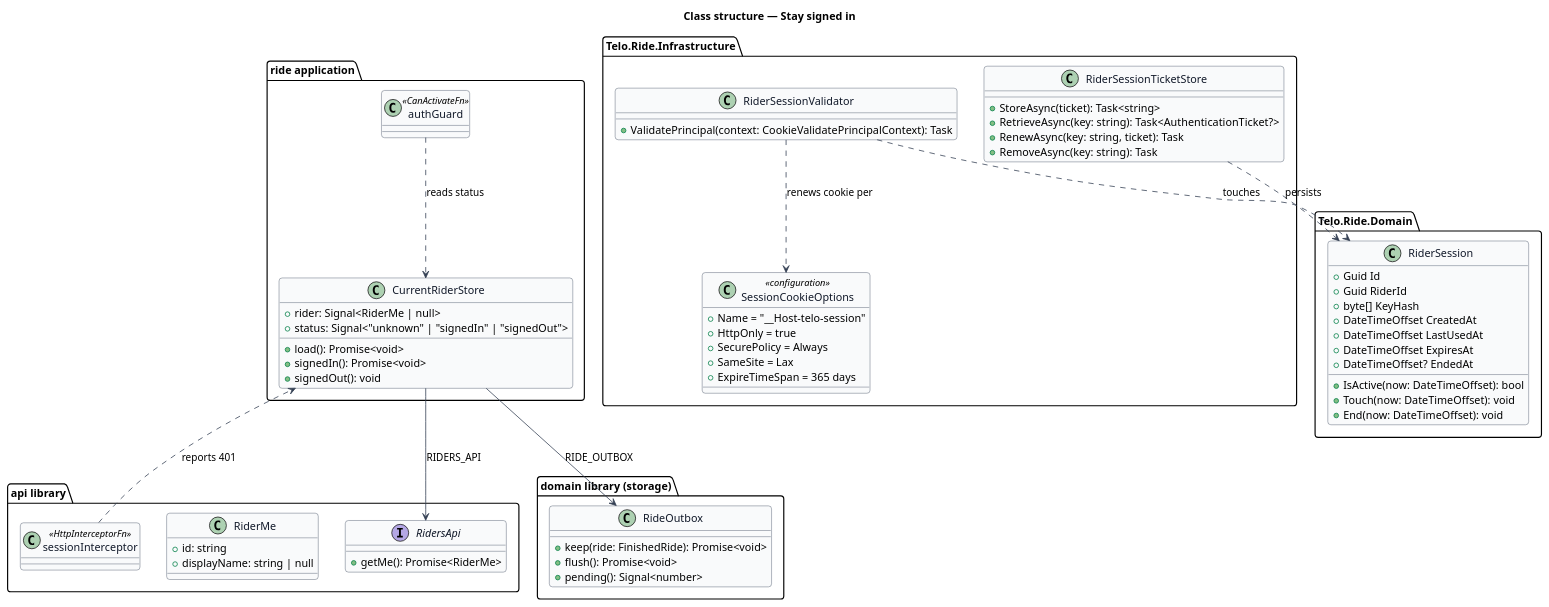
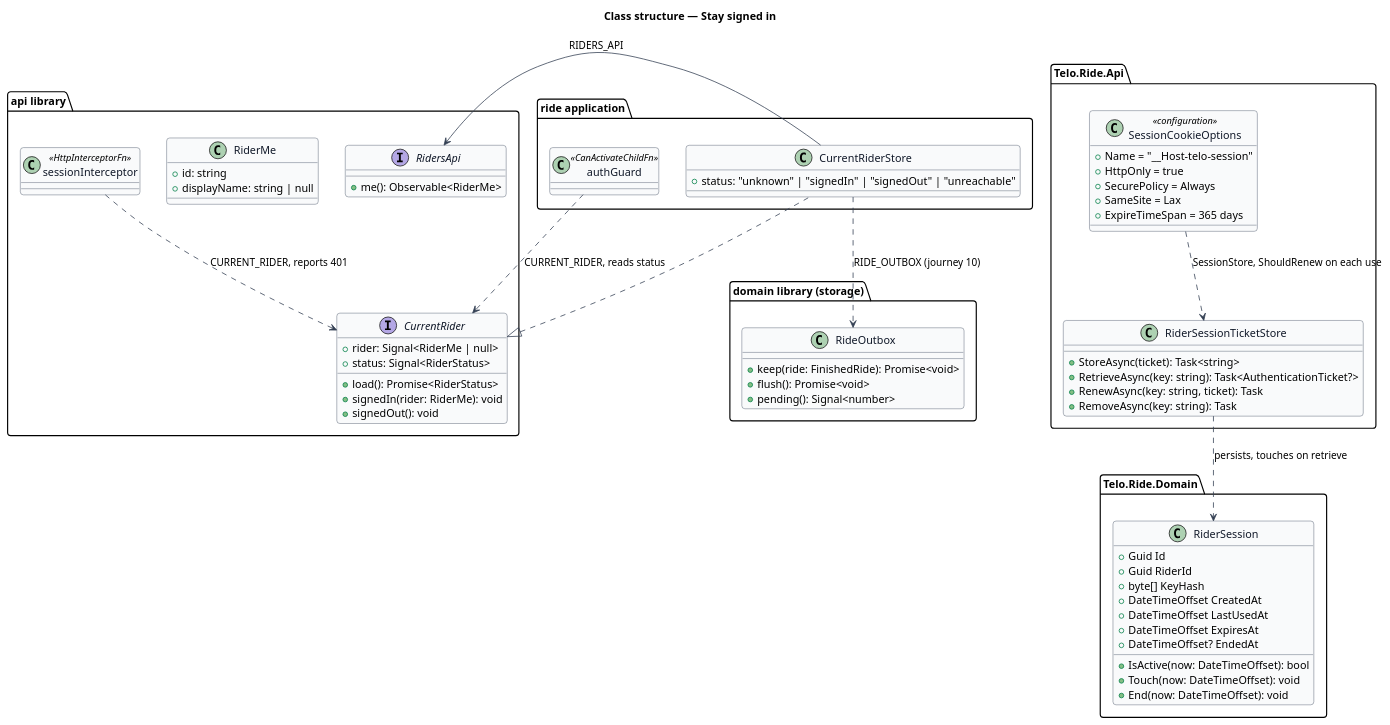
One commit to QuinntyneBrown/ride-one changed the diagram in docs/detailed-designs/accounts/stay-signed-in/diagrams/class-structure.puml. Above: the diagram before and after it, drawn with PlantUML. The commit also changed 19 other files, not shown here.

```diff
--- a/docs/detailed-designs/accounts/stay-signed-in/diagrams/class-structure.puml
+++ b/docs/detailed-designs/accounts/stay-signed-in/diagrams/class-structure.puml
@@ -1,82 +1,82 @@
 @startuml
 set separator none
 ' --- shared skin header ---
 skinparam backgroundColor #FFFFFF
 skinparam shadowing false
 skinparam roundcorner 8
 skinparam defaultFontName Arial
 skinparam ArrowColor #344054
 skinparam class {
   BorderColor #344054
   FontColor #101828
   BackgroundColor #F9FAFB
 }
 ' --------------------------
 title Class structure — Stay signed in
 package "api library" {
   interface RidersApi {
-    +getMe(): Promise<RiderMe>
+    +me(): Observable<RiderMe>
+  }
+  interface CurrentRider {
+    +rider: Signal<RiderMe | null>
+    +status: Signal<RiderStatus>
+    +load(): Promise<RiderStatus>
+    +signedIn(rider: RiderMe): void
+    +signedOut(): void
   }
   class RiderMe {
     +id: string
     +displayName: string | null
   }
   class sessionInterceptor <<HttpInterceptorFn>>
+  sessionInterceptor ..> CurrentRider : CURRENT_RIDER, reports 401
 }
 package "ride application" {
   class CurrentRiderStore {
-    +rider: Signal<RiderMe | null>
-    +status: Signal<"unknown" | "signedIn" | "signedOut">
-    +load(): Promise<void>
-    +signedIn(): Promise<void>
-    +signedOut(): void
+    +status: "unknown" | "signedIn" | "signedOut" | "unreachable"
   }
-  class authGuard <<CanActivateFn>>
+  class authGuard <<CanActivateChildFn>>
 }
 package "domain library (storage)" {
   class RideOutbox {
     +keep(ride: FinishedRide): Promise<void>
     +flush(): Promise<void>
     +pending(): Signal<number>
   }
 }
+CurrentRider <|.. CurrentRiderStore
 CurrentRiderStore --> RidersApi : RIDERS_API
-CurrentRiderStore --> RideOutbox : RIDE_OUTBOX
-sessionInterceptor ..> CurrentRiderStore : reports 401
-authGuard ..> CurrentRiderStore : reads status
-package "Telo.Ride.Infrastructure" {
+CurrentRiderStore ..> RideOutbox : RIDE_OUTBOX (journey 10)
+authGuard ..> CurrentRider : CURRENT_RIDER, reads status
+package "Telo.Ride.Api" {
   class RiderSessionTicketStore {
     +StoreAsync(ticket): Task<string>
     +RetrieveAsync(key: string): Task<AuthenticationTicket?>
     +RenewAsync(key: string, ticket): Task
     +RemoveAsync(key: string): Task
-  }
-  class RiderSessionValidator {
-    +ValidatePrincipal(context: CookieValidatePrincipalContext): Task
   }
   class SessionCookieOptions <<configuration>> {
     +Name = "__Host-telo-session"
     +HttpOnly = true
     +SecurePolicy = Always
     +SameSite = Lax
     +ExpireTimeSpan = 365 days
   }
 }
 package "Telo.Ride.Domain" {
   class RiderSession {
     +Guid Id
     +Guid RiderId
     +byte[] KeyHash
     +DateTimeOffset CreatedAt
     +DateTimeOffset LastUsedAt
     +DateTimeOffset ExpiresAt
     +DateTimeOffset? EndedAt
     +IsActive(now: DateTimeOffset): bool
     +Touch(now: DateTimeOffset): void
     +End(now: DateTimeOffset): void
   }
 }
-RiderSessionTicketStore ..> RiderSession : persists
-RiderSessionValidator ..> RiderSession : touches
-RiderSessionValidator ..> SessionCookieOptions : renews cookie per
+RiderSessionTicketStore ..> RiderSession : persists, touches on retrieve
+SessionCookieOptions ..> RiderSessionTicketStore : SessionStore, ShouldRenew on each use
 @enduml
```
